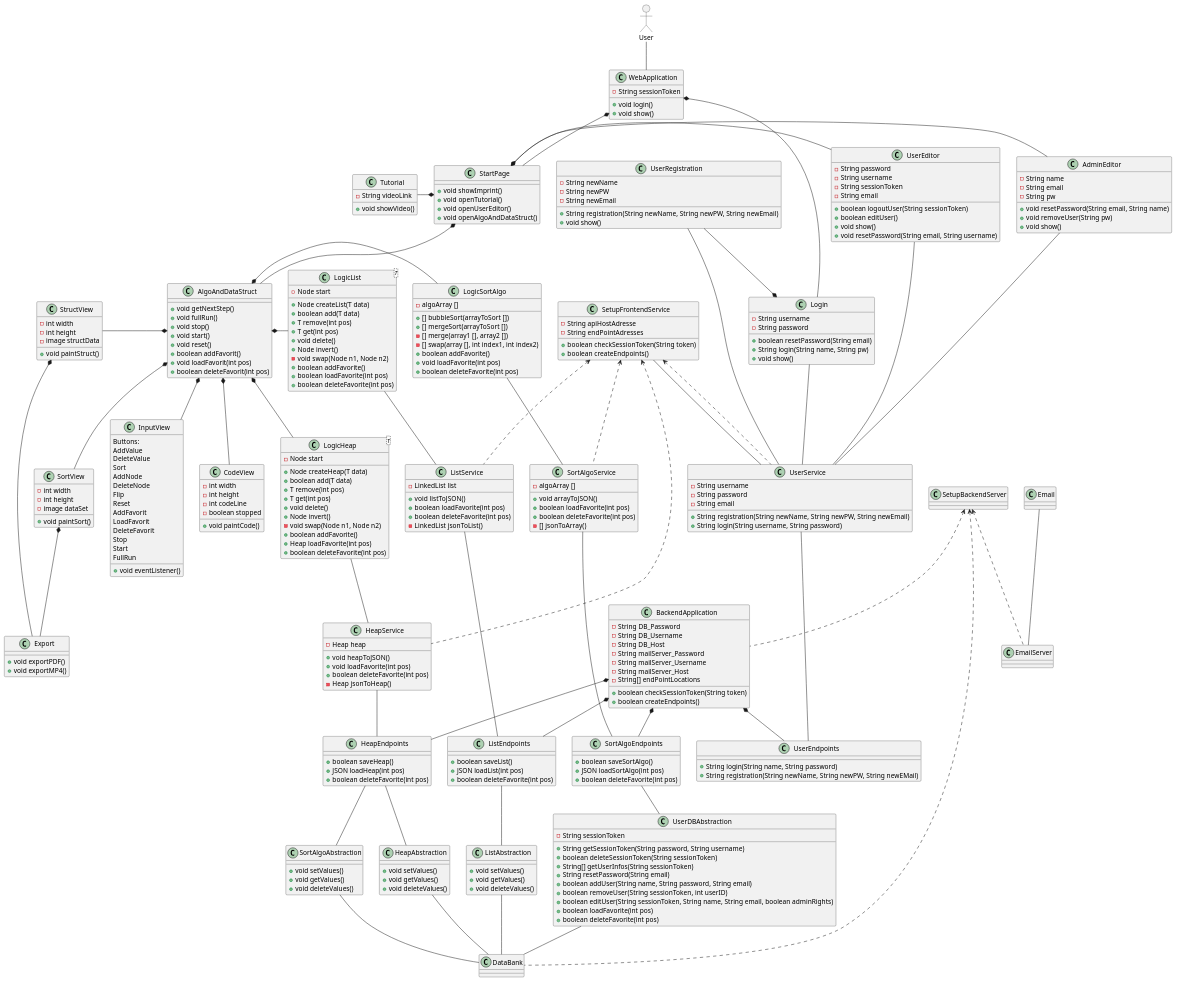
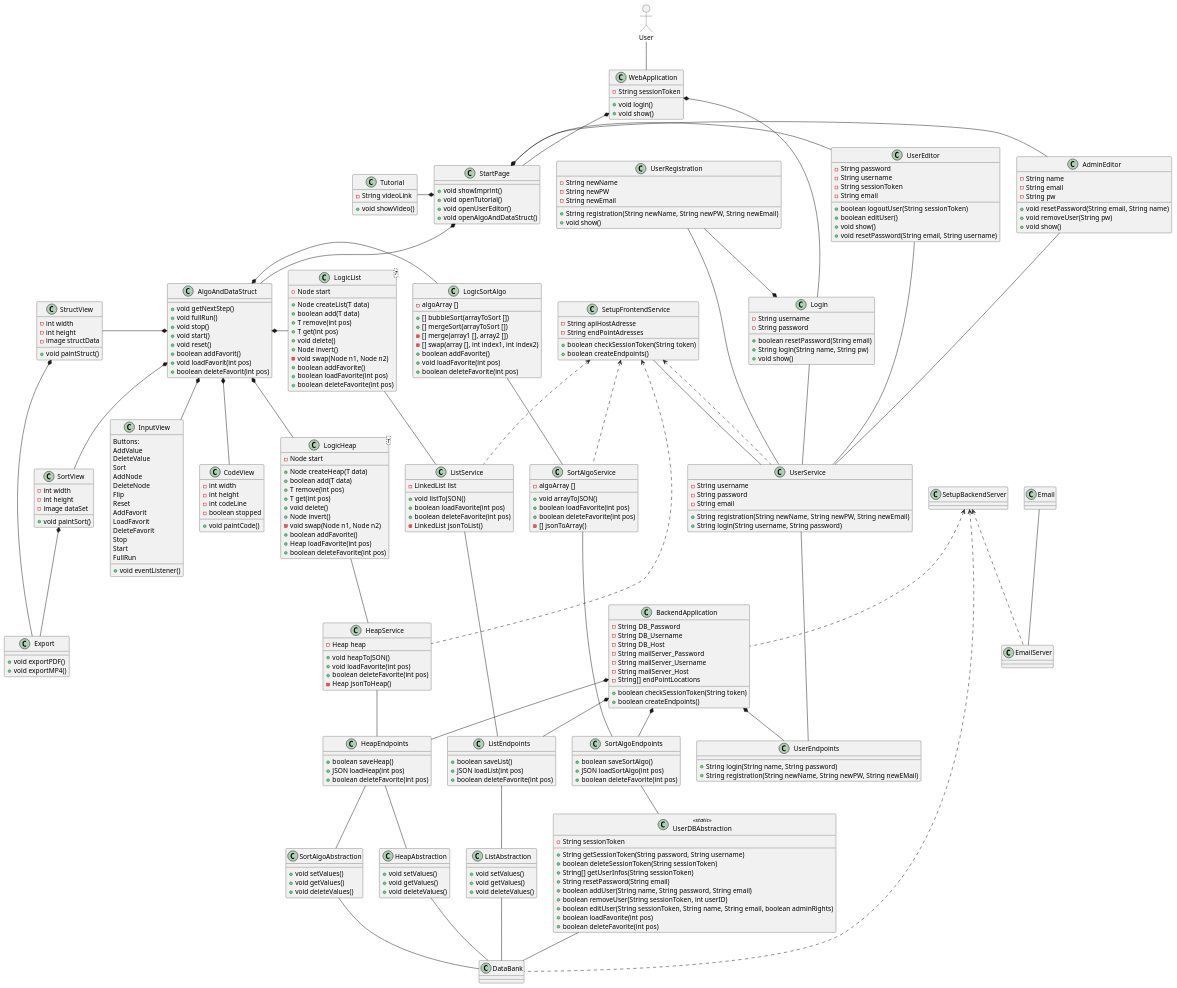
One commit to schmidti2002/Softwarepraktikum changed the diagram in Meilensteine/Meilenstein_03/Visual.puml. Above: the diagram before and after it, drawn with PlantUML.

```diff
--- a/Meilensteine/Meilenstein_03/Visual.puml
+++ b/Meilensteine/Meilenstein_03/Visual.puml
@@ -254,7 +254,7 @@
   +boolean deleteFavorite(int pos)
 }
 
-static class UserDBAbstraction {
+class UserDBAbstraction <<static>> {
   -String sessionToken
 
   +String getSessionToken(String password, String username)
```
